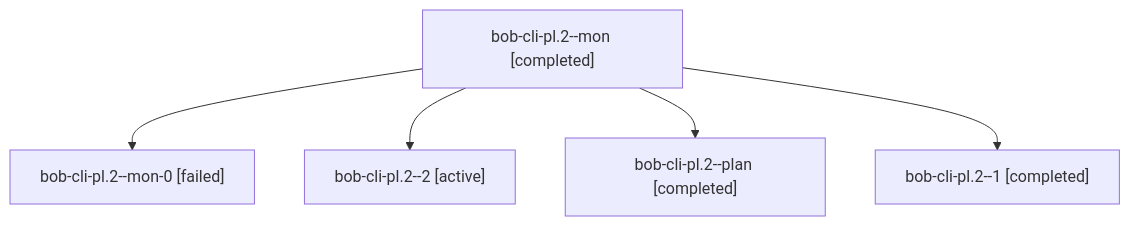
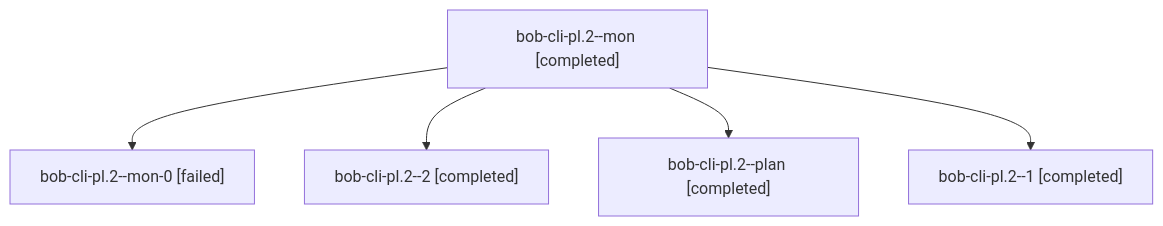
The diagram in sessions/bbugyi200.apollo.bob-cli-pl.2.md (bobs-org/bob-cli--agents), drawn with Mermaid before and after one commit. The commit also changed other lines of this file and 54 other files, not shown here.

````diff
--- a/sessions/bbugyi200.apollo.bob-cli-pl.2.md
+++ b/sessions/bbugyi200.apollo.bob-cli-pl.2.md
@@ -9,12 +9,12 @@
 ```mermaid
 flowchart TD
   n0["bob-cli-pl.2--mon [completed]"]
   n1["bob-cli-pl.2--mon-0 [failed]"]
   n0 --> n1
-  n2["bob-cli-pl.2--2 [active]"]
+  n2["bob-cli-pl.2--2 [completed]"]
   n0 --> n2
   n3["bob-cli-pl.2--plan [completed]"]
   n0 --> n3
   n4["bob-cli-pl.2--1 [completed]"]
   n0 --> n4
 ```
````
